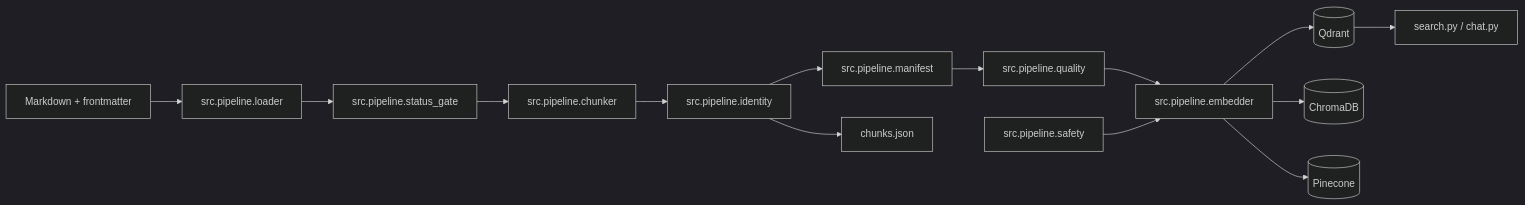
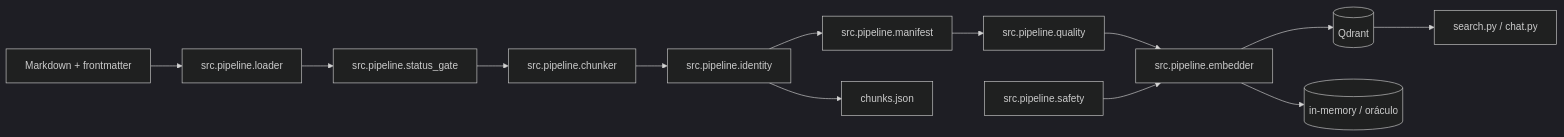
One commit to marciohernandez/rag-pipeline changed the third of 3 diagrams in docs/architecture.md. Above: the diagram before and after it, drawn with Mermaid (dark theme). The commit also changed other lines of this file and 36 other files, not shown here.

First line of the commit message:
feat(tests): add comprehensive tests for removal of ChromaDB and Pinecone providers

````diff
--- a/docs/architecture.md
+++ b/docs/architecture.md
@@ -87,16 +117,15 @@
 ```mermaid
 flowchart LR
   Markdown[Markdown + frontmatter] --> Loader[src.pipeline.loader]
   Loader --> StatusGate[src.pipeline.status_gate]
   StatusGate --> Chunker[src.pipeline.chunker]
   Chunker --> Identity[src.pipeline.identity]
   Identity --> Manifest[src.pipeline.manifest]
   Identity --> Exporter[chunks.json]
   Manifest --> Quality[src.pipeline.quality]
   Quality --> Indexer[src.pipeline.embedder]
   Safety[src.pipeline.safety] --> Indexer
   Indexer --> Qdrant[(Qdrant)]
-  Indexer --> Chroma[(ChromaDB)]
-  Indexer --> Pinecone[(Pinecone)]
+  Indexer --> InMemory[(in-memory / oráculo)]
   Qdrant --> Search[search.py / chat.py]
 ```
````
